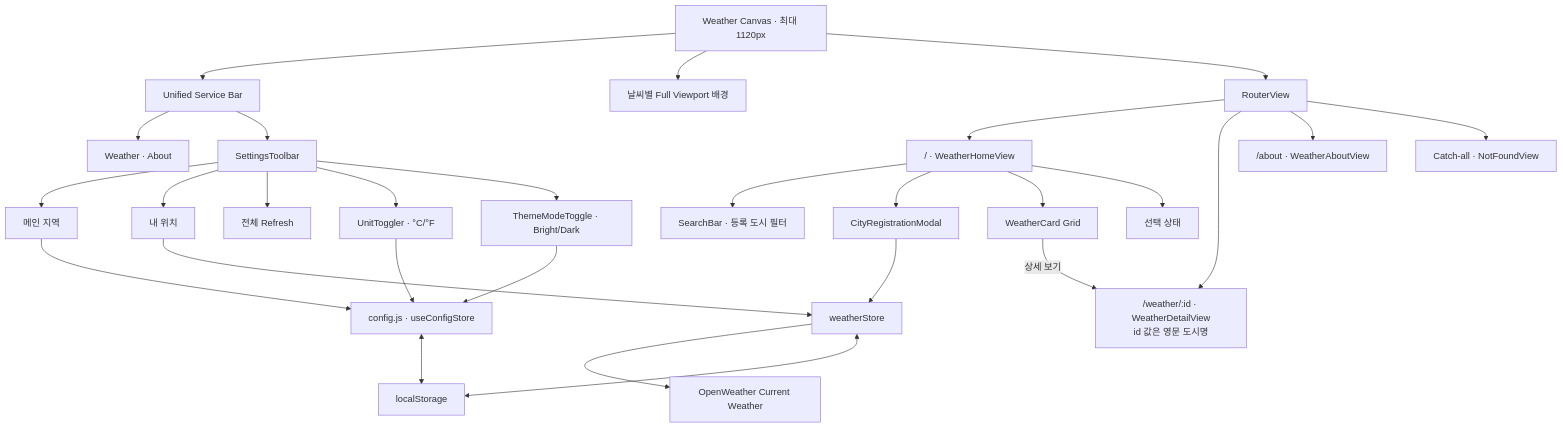
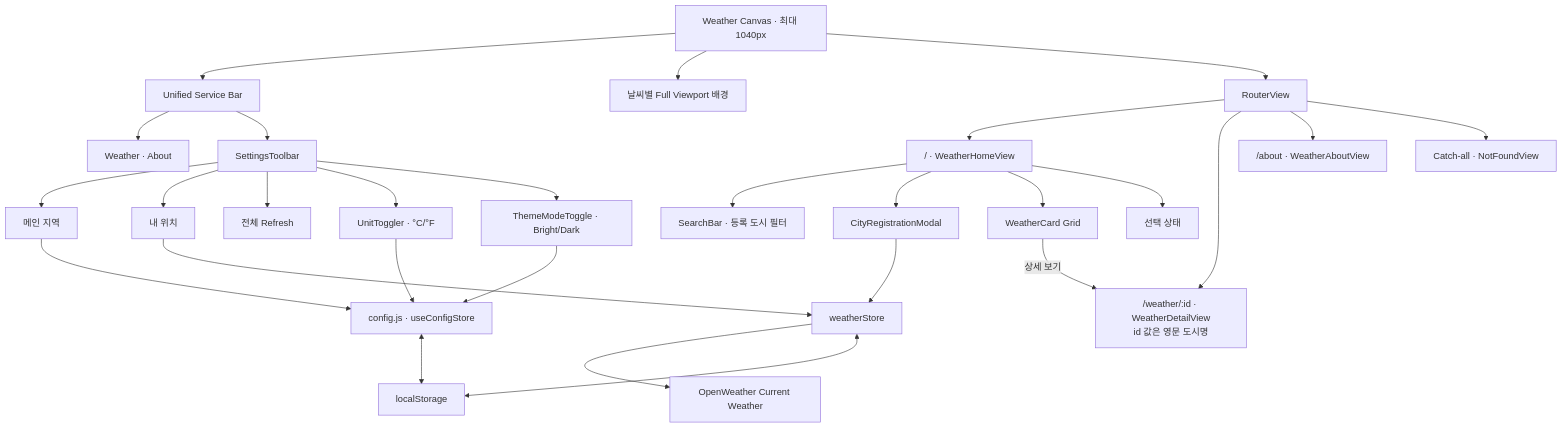
Before and after one commit to seungminoh-dev/skala-vue: the first of 2 diagrams in requirements/ia.md, drawn with Mermaid. The commit also changed other lines of this file and 23 other files, not shown here.

````diff
--- a/requirements/ia.md
+++ b/requirements/ia.md
@@ -9,56 +9,56 @@
 ```mermaid
 flowchart TD
-  APP["Weather Canvas · 최대 1120px"]
+  APP["Weather Canvas · 최대 1040px"]
   BACKGROUND["날씨별 Full Viewport 배경"]
   HEADER["Unified Service Bar"]
   NAV["Weather · About"]
   SETTINGS["SettingsToolbar"]
   PRIMARY["메인 지역"]
   CURRENT["내 위치"]
   REFRESH["전체 Refresh"]
   UNIT["UnitToggler · °C/°F"]
   THEME["ThemeModeToggle · Bright/Dark"]
   OUTLET["RouterView"]
 
   HOME["/ · WeatherHomeView"]
   DETAIL["/weather/:id · WeatherDetailView<br/>id 값은 영문 도시명"]
   ABOUT["/about · WeatherAboutView"]
   ERROR["Catch-all · NotFoundView"]
 
   SEARCH["SearchBar · 등록 도시 필터"]
   REGISTER["CityRegistrationModal"]
   GRID["WeatherCard Grid"]
   STATUS["선택 상태"]
   WEATHER_STORE["weatherStore"]
   CONFIG_STORE["config.js · useConfigStore"]
   STORAGE["localStorage"]
   API["OpenWeather Current Weather"]
 
   APP --> HEADER
   APP --> BACKGROUND
   HEADER --> NAV
   HEADER --> SETTINGS
   SETTINGS --> PRIMARY
   SETTINGS --> CURRENT
   SETTINGS --> REFRESH
   SETTINGS --> UNIT
   SETTINGS --> THEME
   APP --> OUTLET
   OUTLET --> HOME
   OUTLET --> DETAIL
   OUTLET --> ABOUT
   OUTLET --> ERROR
   HOME --> SEARCH
   HOME --> REGISTER
   HOME --> GRID
   HOME --> STATUS
   GRID -->|상세 보기| DETAIL
   PRIMARY --> CONFIG_STORE
   UNIT --> CONFIG_STORE
   THEME --> CONFIG_STORE
   CURRENT --> WEATHER_STORE
   REGISTER --> WEATHER_STORE
   WEATHER_STORE --> API
   WEATHER_STORE <--> STORAGE
   CONFIG_STORE <--> STORAGE
 ```
````
